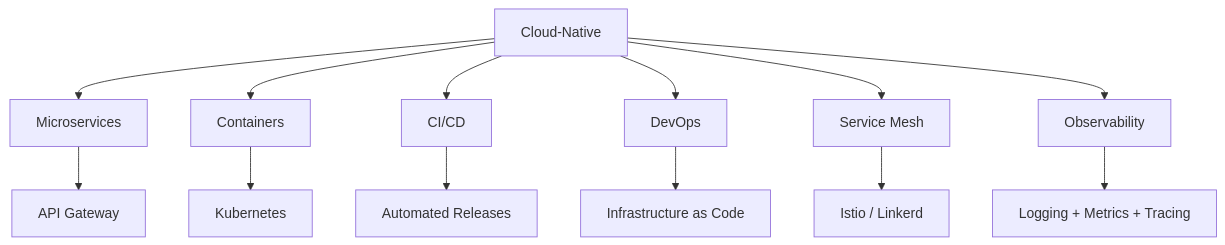
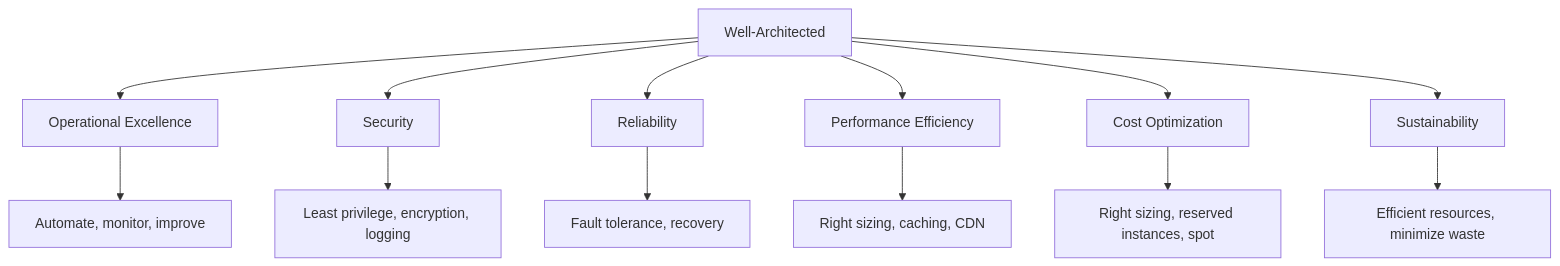
Diagram 11 of 11 in src/cloud/overview.md (vanos001/placement_prep), drawn with Mermaid before and after one commit. The commit also changed other lines of this file and 12 other files, not shown here.

Commit message:
Storage + Concurrency complete, SUMMARY.md updated with roadmap.sh topics

````diff
--- a/src/cloud/overview.md
+++ b/src/cloud/overview.md
@@ -245,16 +238,16 @@
 ```mermaid
-graph TB
-    CN[Cloud-Native] --> MS[Microservices]
-    CN --> CT[Containers]
-    CN --> CI[CI/CD]
-    CN --> DEV[DevOps]
-    CN --> SO[Service Mesh]
-    CN --> OBS[Observability]
+graph TD
+    WA[Well-Architected] --> PILLAR1[Operational Excellence]
+    WA --> PILLAR2[Security]
+    WA --> PILLAR3[Reliability]
+    WA --> PILLAR4[Performance Efficiency]
+    WA --> PILLAR5[Cost Optimization]
+    WA --> PILLAR6[Sustainability]
 
-    MS --> API[API Gateway]
-    CT --> K8[Kubernetes]
-    CI --> AR[Automated Releases]
-    DEV --> IA[Infrastructure as Code]
-    SO --> IST[Istio / Linkerd]
-    OBS --> LOG[Logging + Metrics + Tracing]
+    PILLAR1 --> O1[Automate, monitor, improve]
+    PILLAR2 --> S1[Least privilege, encryption, logging]
+    PILLAR3 --> R1[Fault tolerance, recovery]
+    PILLAR4 --> PE1[Right sizing, caching, CDN]
+    PILLAR5 --> CO1[Right sizing, reserved instances, spot]
+    PILLAR6 --> SU1[Efficient resources, minimize waste]
 ```
````
